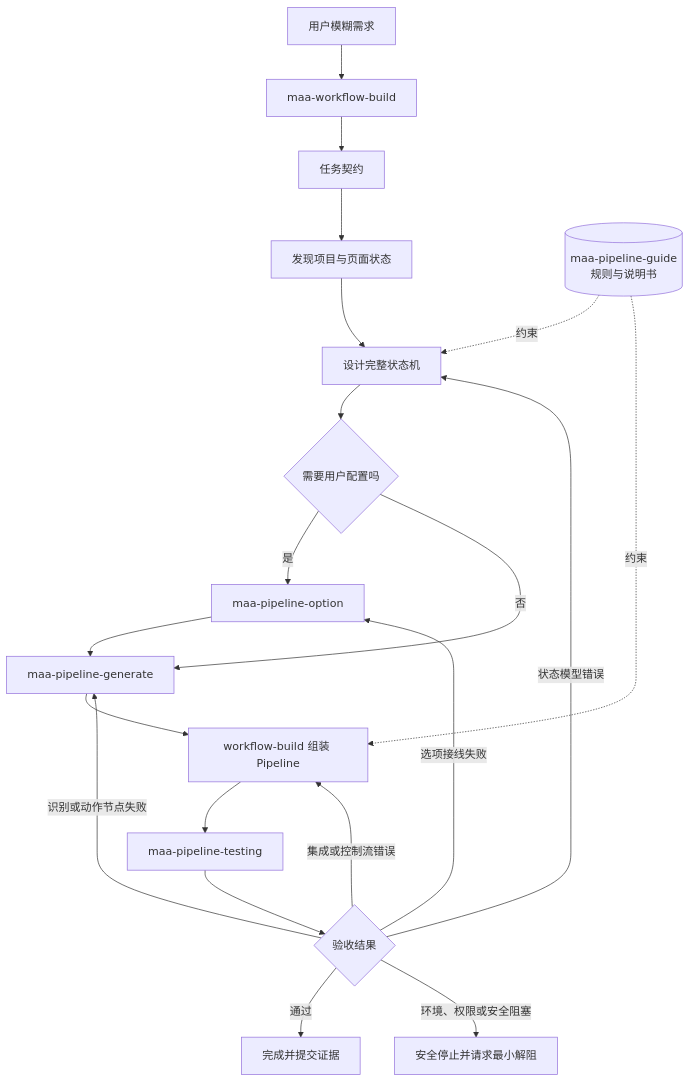
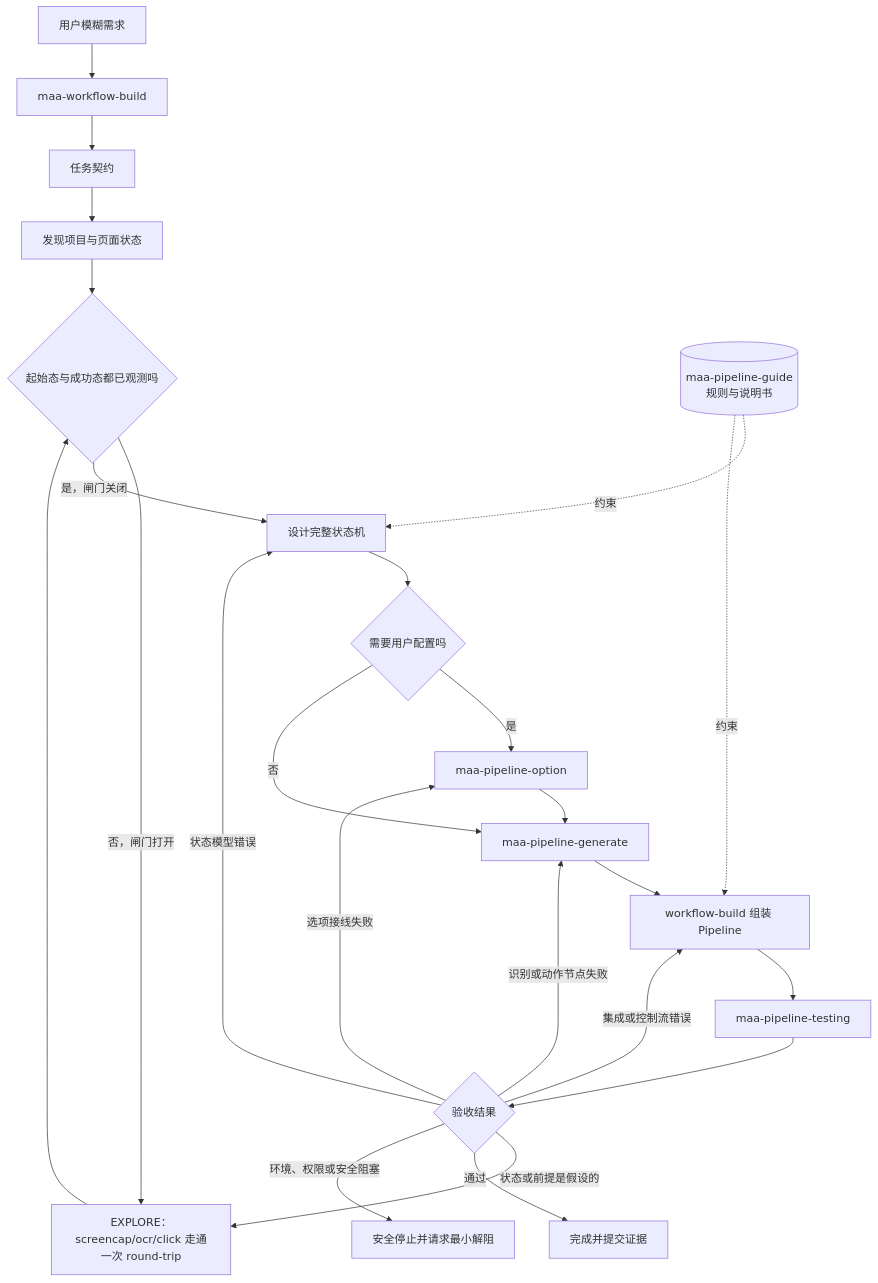
The diagram in docs/skills/maa-workflow-build.md (Craun718/Everything-Maa), drawn with Mermaid before and after one commit. The commit also changed other lines of this file and 17 other files, not shown here.

````diff
--- a/docs/skills/maa-workflow-build.md
+++ b/docs/skills/maa-workflow-build.md
@@ -27,26 +37,30 @@
 ```mermaid
 flowchart TD
     U[用户模糊需求] --> W[maa-workflow-build]
     W --> C[任务契约]
     C --> D[发现项目与页面状态]
-    D --> M[设计完整状态机]
+    D --> G{起始态与成功态都已观测吗}
+    G -->|否，闸门打开| EX[EXPLORE：screencap/ocr/click 走通一次 round-trip]
+    EX --> G
+    G -->|是，闸门关闭| M[设计完整状态机]
 
     GUIDE[(maa-pipeline-guide<br/>规则与说明书)]
     GUIDE -.约束.-> M
     GUIDE -.约束.-> A
 
     M --> O{需要用户配置吗}
     O -->|是| OPTION[maa-pipeline-option]
     O -->|否| GEN[maa-pipeline-generate]
     OPTION --> GEN
     GEN --> A[workflow-build 组装 Pipeline]
     A --> TEST[maa-pipeline-testing]
     TEST --> R{验收结果}
 
     R -->|识别或动作节点失败| GEN
     R -->|选项接线失败| OPTION
+    R -->|状态或前提是假设的| EX
     R -->|状态模型错误| M
     R -->|集成或控制流错误| A
     R -->|通过| END[完成并提交证据]
     R -->|环境、权限或安全阻塞| STOP[安全停止并请求最小解阻]
 ```
````
